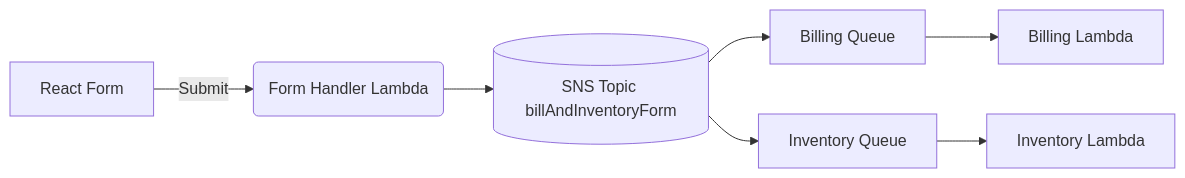
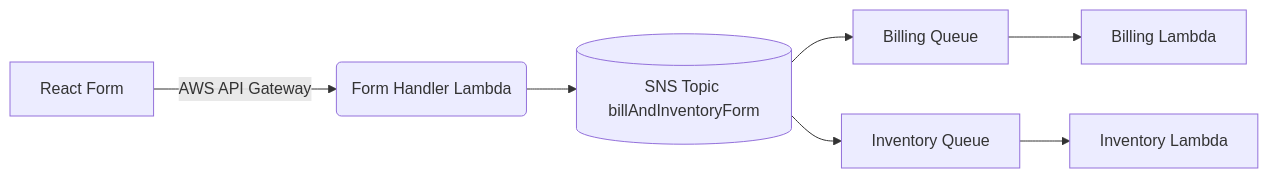
One commit to Deepakpottavatri06/fs changed the diagram in 39_28_04_25-DP/react-aws/README.md. Above: the diagram before and after it, drawn with Mermaid. The commit also changed 4 other files, not shown here.

````diff
--- a/39_28_04_25-DP/react-aws/README.md
+++ b/39_28_04_25-DP/react-aws/README.md
@@ -5,9 +5,9 @@
 ```mermaid
 graph LR
-    A[React Form] -->|Submit| B(Form Handler Lambda)
+    A[React Form] -->|AWS API Gateway| B(Form Handler Lambda)
     B --> C[(SNS Topic billAndInventoryForm)]
     C --> D[Billing Queue]
-    C --> E[Inventory Queue]
+    C --> E[Inventory Queue] 
     D --> F[Billing Lambda]
     E --> G[Inventory Lambda]
 ```
````
